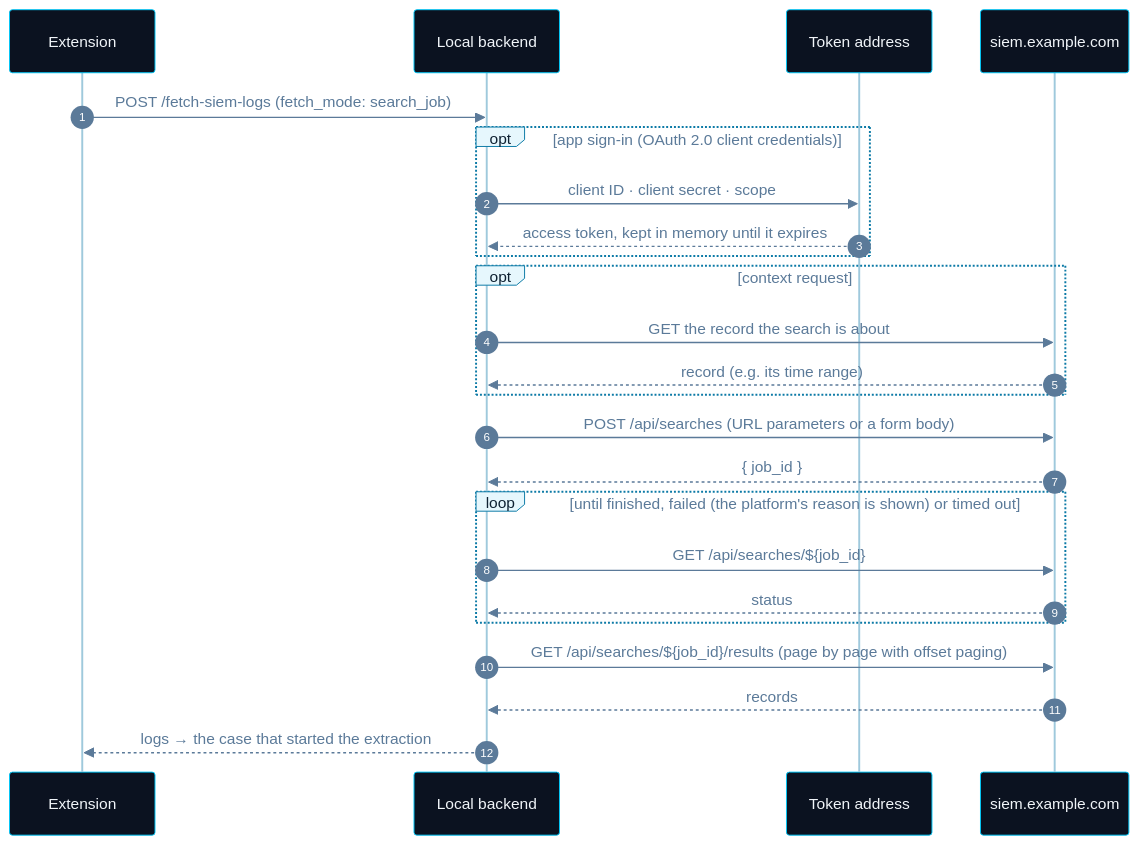
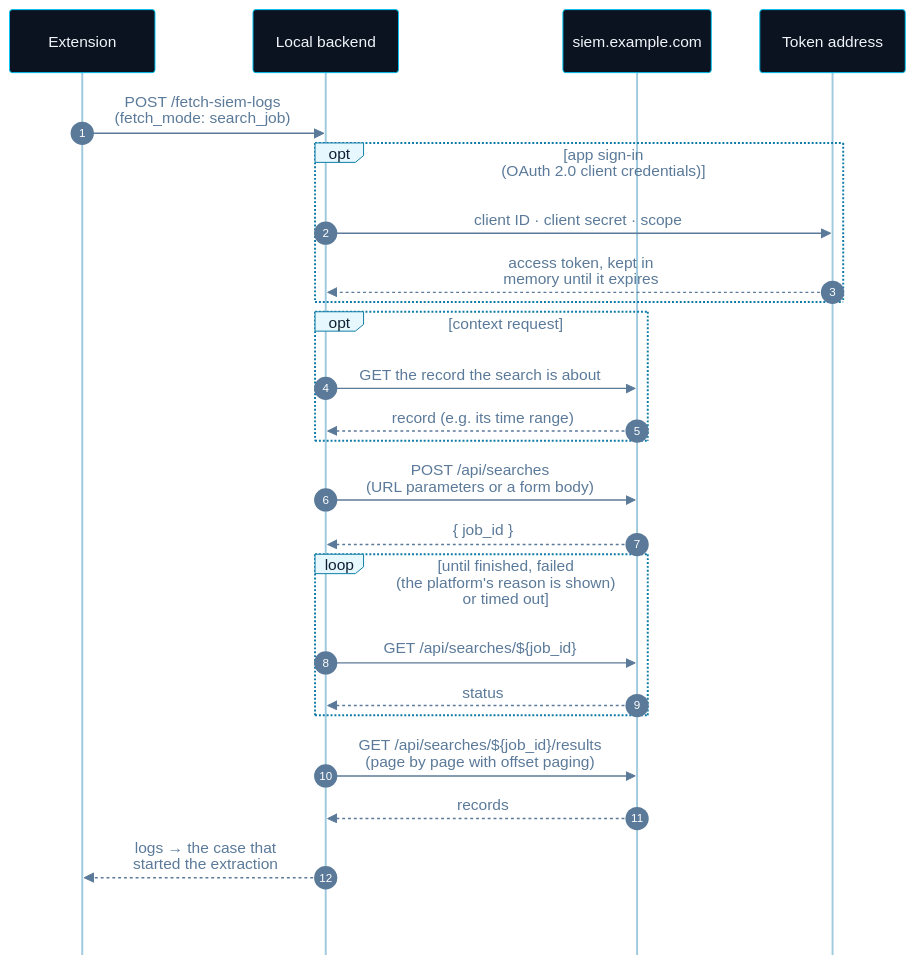
One commit to aymenmarjan/veilux-soc-assistant changed the eighth of 9 diagrams in docs/DIAGRAMS.md. Above: the diagram before and after it, drawn with Mermaid. The commit also changed other lines of this file, not shown here.

Commit message:
docs: fix Mermaid diagram text clipping and layout

````diff
--- a/docs/DIAGRAMS.md
+++ b/docs/DIAGRAMS.md
@@ -237,27 +237,28 @@
 ```mermaid
-%%{init: {"theme":"base","themeVariables":{"actorBkg":"#0B1220","actorTextColor":"#F1F5F9","actorBorder":"#00C8F8","actorLineColor":"#9FC9DC","signalColor":"#5B7A99","signalTextColor":"#5B7A99","noteBkgColor":"#FFF4E5","noteBorderColor":"#E8920C","noteTextColor":"#3D2600","labelBoxBkgColor":"#E6F7FD","labelBoxBorderColor":"#0C7AA6","labelTextColor":"#0F2233","loopTextColor":"#5B7A99","sequenceNumberColor":"#FFFFFF"}}}%%
+%%{init: {"theme":"base","themeVariables":{"actorBkg":"#0B1220","actorTextColor":"#F1F5F9","actorBorder":"#00C8F8","actorLineColor":"#9FC9DC","signalColor":"#5B7A99","signalTextColor":"#5B7A99","noteBkgColor":"#FFF4E5","noteBorderColor":"#E8920C","noteTextColor":"#3D2600","labelBoxBkgColor":"#E6F7FD","labelBoxBorderColor":"#0C7AA6","labelTextColor":"#0F2233","loopTextColor":"#5B7A99","sequenceNumberColor":"#FFFFFF"},"sequence":{"diagramMarginY":80,"mirrorActors":false}}}%%
 sequenceDiagram
+    %% The top margin and the single row of participants keep them clear of GitHub's diagram buttons.
     autonumber
     participant X as Extension
     participant B as Local backend
+    participant S as siem.example.com
     participant T as Token address
-    participant S as siem.example.com
-    X->>B: POST /fetch-siem-logs (fetch_mode: search_job)
-    opt app sign-in (OAuth 2.0 client credentials)
+    X->>B: POST /fetch-siem-logs<br/>(fetch_mode: search_job)
+    opt app sign-in<br/>(OAuth 2.0 client credentials)
         B->>T: client ID · client secret · scope
-        T-->>B: access token, kept in memory until it expires
+        T-->>B: access token, kept in<br/>memory until it expires
     end
     opt context request
         B->>S: GET the record the search is about
         S-->>B: record (e.g. its time range)
     end
-    B->>S: POST /api/searches (URL parameters or a form body)
+    B->>S: POST /api/searches<br/>(URL parameters or a form body)
     S-->>B: { job_id }
-    loop until finished, failed (the platform's reason is shown) or timed out
+    loop until finished, failed<br/>(the platform's reason is shown)<br/>or timed out
         B->>S: GET /api/searches/${job_id}
         S-->>B: status
     end
-    B->>S: GET /api/searches/${job_id}/results (page by page with offset paging)
+    B->>S: GET /api/searches/${job_id}/results<br/>(page by page with offset paging)
     S-->>B: records
-    B-->>X: logs → the case that started the extraction
+    B-->>X: logs → the case that<br/>started the extraction
 ```
````
